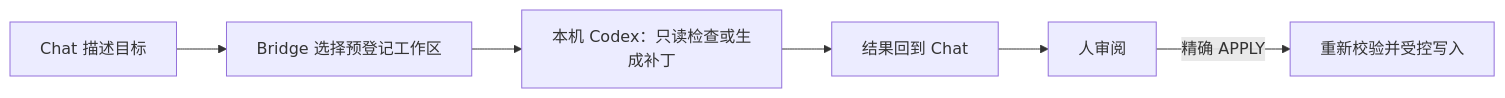
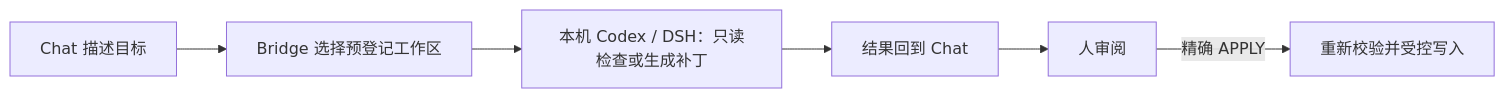
The diagram in README.md (Aelfa13/chat-work-bridge), drawn with Mermaid before and after one commit. The commit also changed other lines of this file and 9 other files, not shown here.

````diff
--- a/README.md
+++ b/README.md
@@ -17,8 +17,8 @@
 ```mermaid
 flowchart LR
     A[Chat 描述目标] --> B[Bridge 选择预登记工作区]
-    B --> C[本机 Codex：只读检查或生成补丁]
+    B --> C[本机 Codex / DSH：只读检查或生成补丁]
     C --> D[结果回到 Chat]
     D --> E[人审阅]
     E -->|精确 APPLY| F[重新校验并受控写入]
 ```
````
